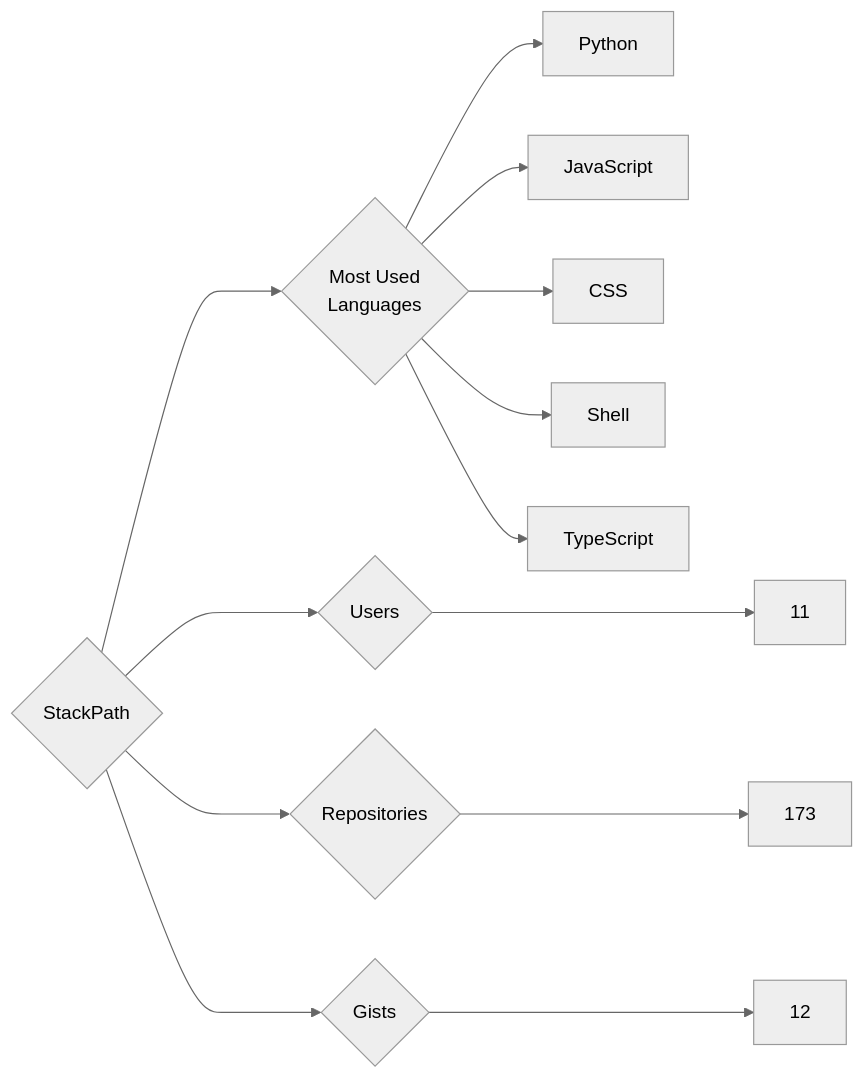
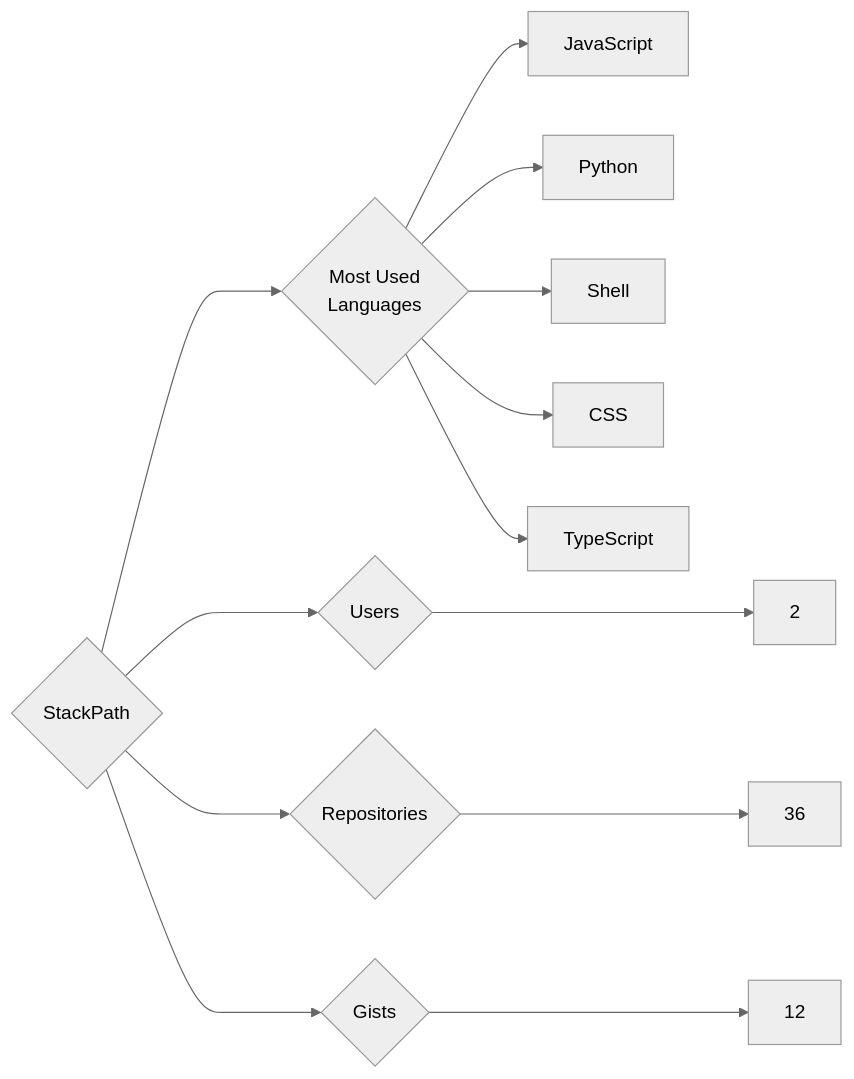
One commit to trickest/insiders changed the diagram in targets/StackPath/README.md. Above: the diagram before and after it, drawn with Mermaid (neutral theme). The commit also changed 444 other files, not shown here.

````diff
--- a/targets/StackPath/README.md
+++ b/targets/StackPath/README.md
@@ -3,13 +3,13 @@
 ```mermaid
 graph LR
 COMPANY_NAME{StackPath}
-COMPANY_NAME ---> U{Users} ---> UN[11]
-COMPANY_NAME ---> R{Repositories} ---> RN[173]
+COMPANY_NAME ---> U{Users} ---> UN[2]
+COMPANY_NAME ---> R{Repositories} ---> RN[36]
 COMPANY_NAME ---> G{Gists} ---> GN[12]
 COMPANY_NAME ---> ML{Most Used<br>Languages}
+ML --> JavaScript[JavaScript]
 ML --> Python[Python]
-ML --> JavaScript[JavaScript]
+ML --> Shell[Shell]
 ML --> CSS[CSS]
-ML --> Shell[Shell]
 ML --> TypeScript[TypeScript]
 ```
````
